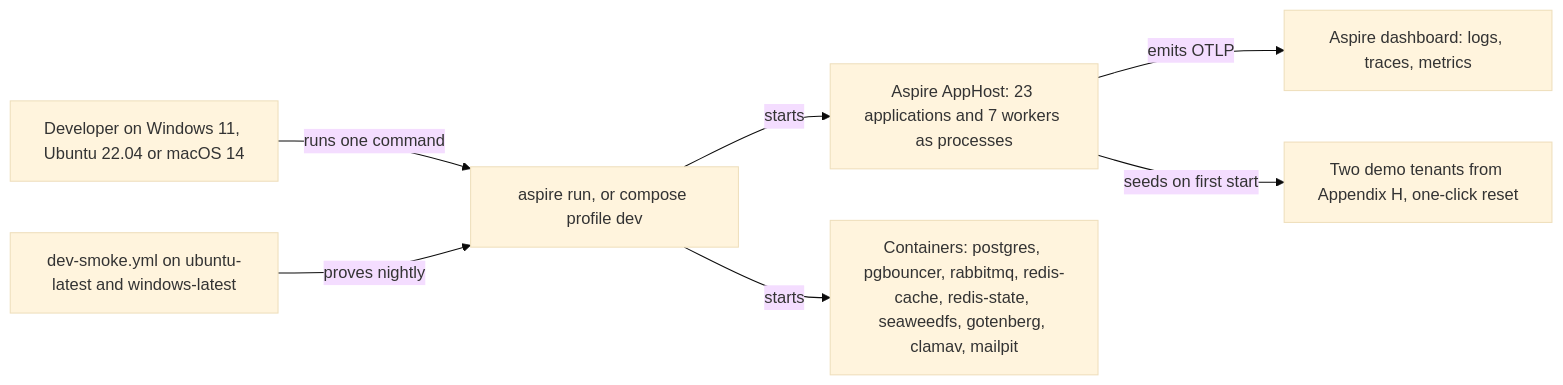
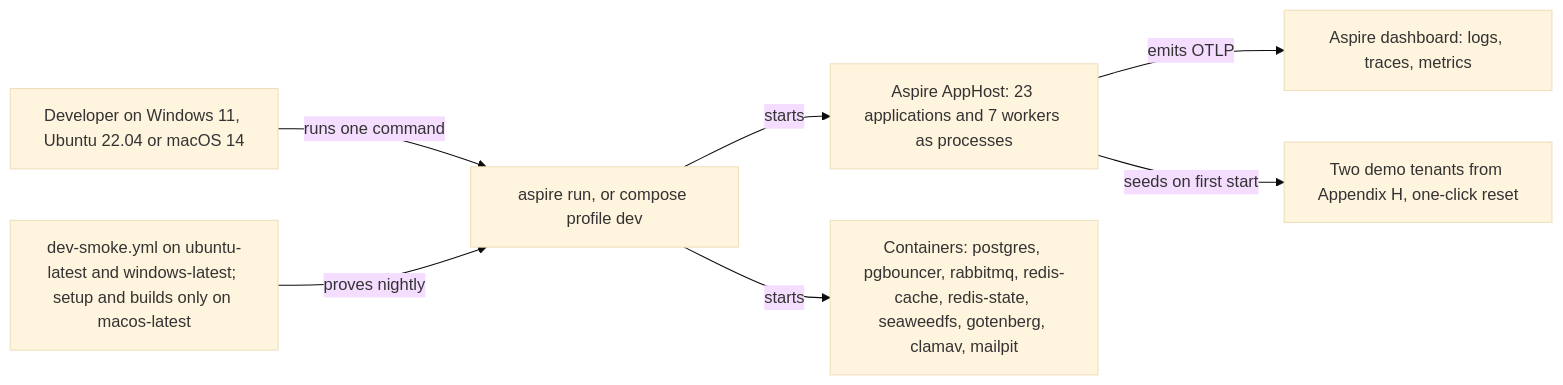
One commit to mahmodnasser/nibras changed the first of 6 diagrams in docs/plan/15-deployment-and-operations.md. Above: the diagram before and after it, drawn with Mermaid (base theme). The commit also changed other lines of this file and 98 other files, not shown here.

````diff
--- a/docs/plan/15-deployment-and-operations.md
+++ b/docs/plan/15-deployment-and-operations.md
@@ -117,9 +117,9 @@
 ```mermaid
 flowchart LR
     DEV["Developer on Windows 11, Ubuntu 22.04 or macOS 14"] -->|runs one command| CMD["aspire run, or compose profile dev"]
     CMD -->|starts| HOST["Aspire AppHost: 23 applications and 7 workers as processes"]
     CMD -->|starts| INFRA["Containers: postgres, pgbouncer, rabbitmq, redis-cache, redis-state, seaweedfs, gotenberg, clamav, mailpit"]
     HOST -->|emits OTLP| DASH["Aspire dashboard: logs, traces, metrics"]
     HOST -->|seeds on first start| DEMO["Two demo tenants from Appendix H, one-click reset"]
-    SMOKE["dev-smoke.yml on ubuntu-latest and windows-latest"] -->|proves nightly| CMD
+    SMOKE["dev-smoke.yml on ubuntu-latest and windows-latest; setup and builds only on macos-latest"] -->|proves nightly| CMD
 ```
````
